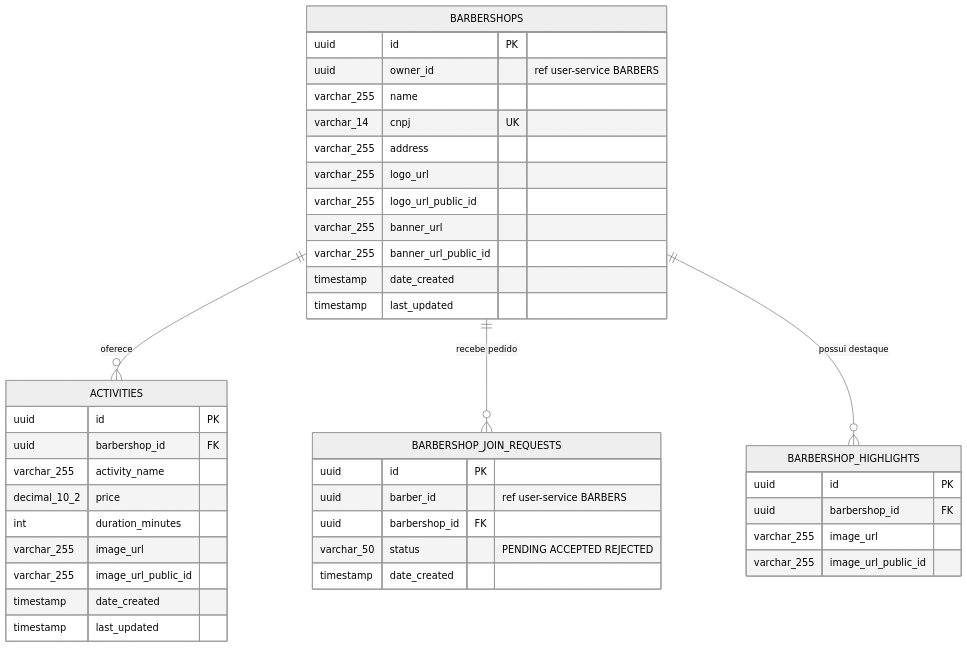
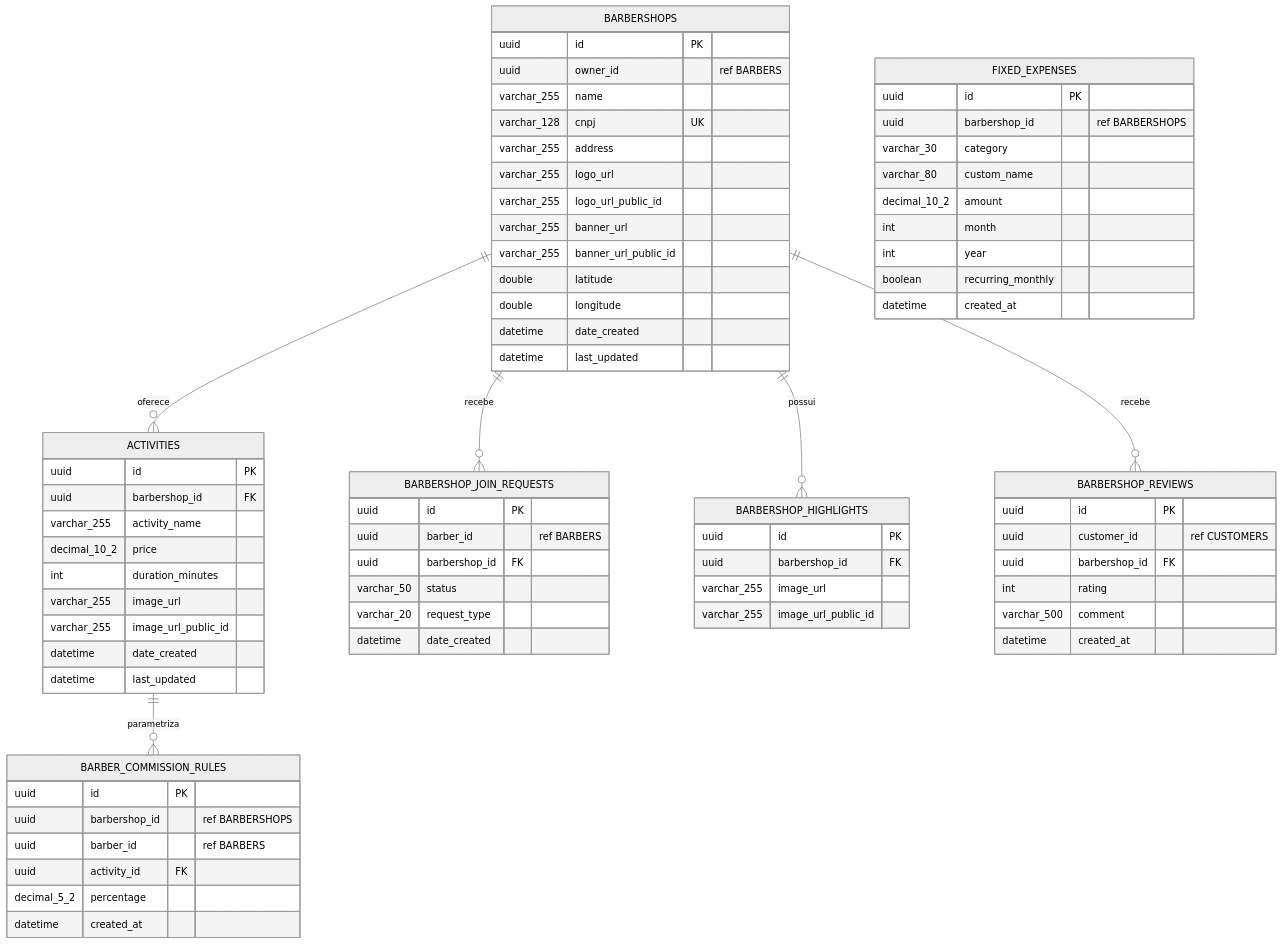
The second of 6 diagrams in documentacao/der.md (Luis-Barbershop/Arquitetura_completa), drawn with Mermaid (neutral theme) before and after one commit. The commit also changed other lines of this file and 4 other files, not shown here.

````diff
--- a/documentacao/der.md
+++ b/documentacao/der.md
@@ -51,44 +98,82 @@
 ```mermaid
 erDiagram
     BARBERSHOPS {
         uuid id PK
-        uuid owner_id "ref user-service BARBERS"
+        uuid owner_id "ref BARBERS"
         varchar_255 name
-        varchar_14 cnpj UK
+        varchar_128 cnpj UK
         varchar_255 address
         varchar_255 logo_url
         varchar_255 logo_url_public_id
         varchar_255 banner_url
         varchar_255 banner_url_public_id
-        timestamp date_created
-        timestamp last_updated
+        double latitude
+        double longitude
+        datetime date_created
+        datetime last_updated
     }
+
     ACTIVITIES {
         uuid id PK
         uuid barbershop_id FK
         varchar_255 activity_name
         decimal_10_2 price
         int duration_minutes
         varchar_255 image_url
         varchar_255 image_url_public_id
-        timestamp date_created
-        timestamp last_updated
+        datetime date_created
+        datetime last_updated
     }
+
     BARBERSHOP_JOIN_REQUESTS {
         uuid id PK
-        uuid barber_id "ref user-service BARBERS"
+        uuid barber_id "ref BARBERS"
         uuid barbershop_id FK
-        varchar_50 status "PENDING ACCEPTED REJECTED"
-        timestamp date_created
+        varchar_50 status
+        varchar_20 request_type
+        datetime date_created
     }
+
     BARBERSHOP_HIGHLIGHTS {
         uuid id PK
         uuid barbershop_id FK
         varchar_255 image_url
         varchar_255 image_url_public_id
     }
 
+    BARBERSHOP_REVIEWS {
+        uuid id PK
+        uuid customer_id "ref CUSTOMERS"
+        uuid barbershop_id FK
+        int rating
+        varchar_500 comment
+        datetime created_at
+    }
+
+    BARBER_COMMISSION_RULES {
+        uuid id PK
+        uuid barbershop_id "ref BARBERSHOPS"
+        uuid barber_id "ref BARBERS"
+        uuid activity_id FK
+        decimal_5_2 percentage
+        datetime created_at
+    }
+
+    FIXED_EXPENSES {
+        uuid id PK
+        uuid barbershop_id "ref BARBERSHOPS"
+        varchar_30 category
+        varchar_80 custom_name
+        decimal_10_2 amount
+        int month
+        int year
+        boolean recurring_monthly
+        datetime created_at
+    }
+
     BARBERSHOPS ||--o{ ACTIVITIES : "oferece"
-    BARBERSHOPS ||--o{ BARBERSHOP_JOIN_REQUESTS : "recebe pedido"
-    BARBERSHOPS ||--o{ BARBERSHOP_HIGHLIGHTS : "possui destaque"
+    BARBERSHOPS ||--o{ BARBERSHOP_JOIN_REQUESTS : "recebe"
+    BARBERSHOPS ||--o{ BARBERSHOP_HIGHLIGHTS : "possui"
+    BARBERSHOPS ||--o{ BARBERSHOP_REVIEWS : "recebe"
+    ACTIVITIES ||--o{ BARBER_COMMISSION_RULES : "parametriza"
 ```
````
